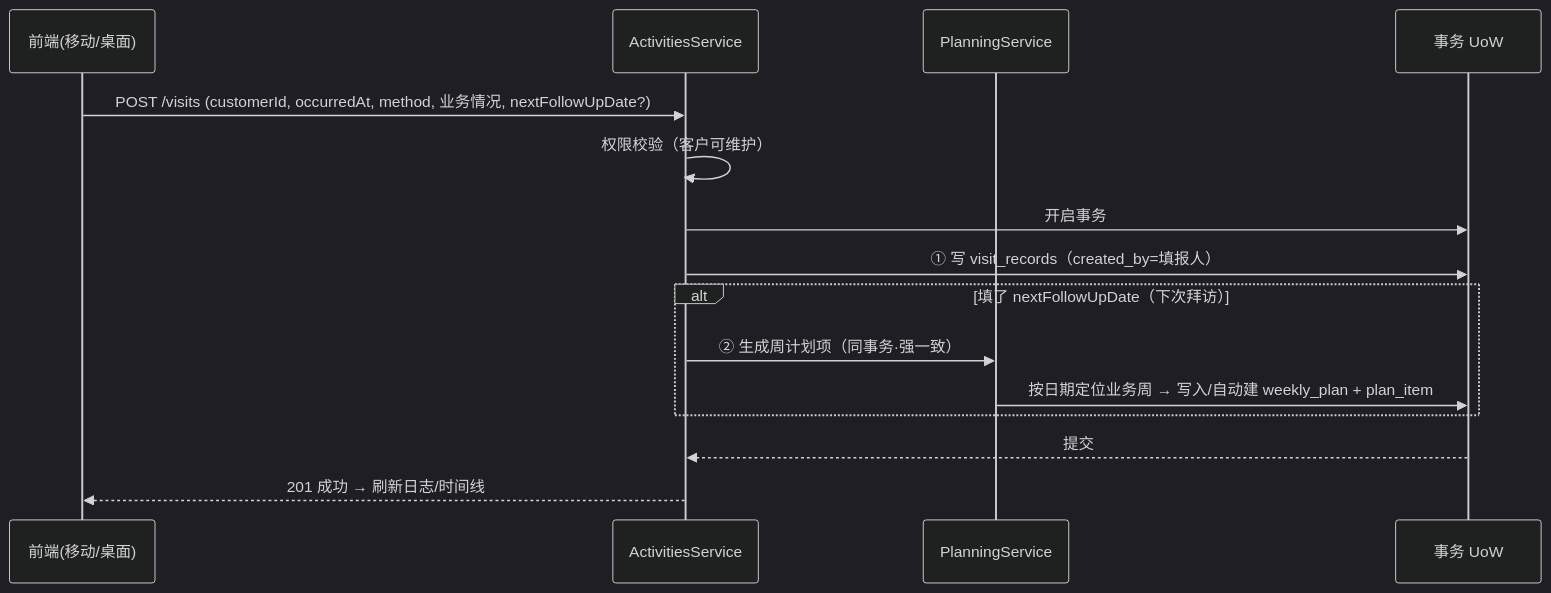
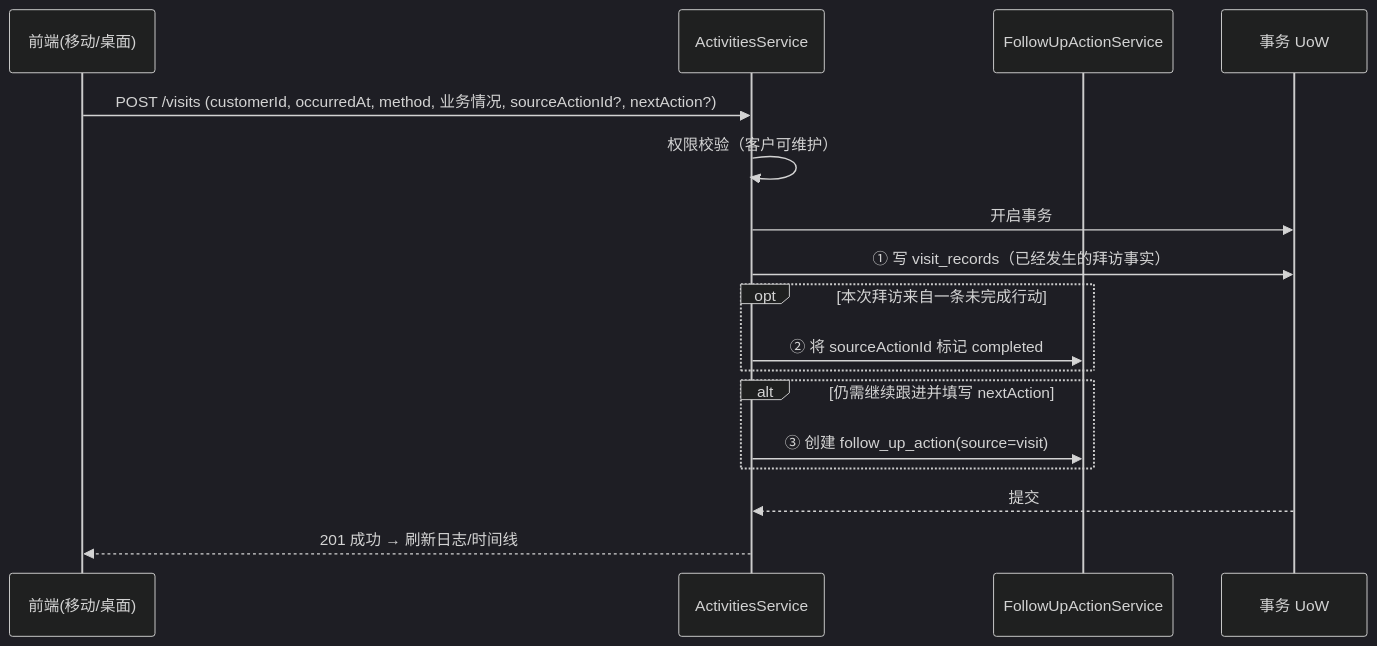
Before and after one commit to lixiname/LITECRM: diagram 15 of 26 in docs/重构架构决策与实施蓝图.md, drawn with Mermaid (dark theme). The commit also changed other lines of this file and 8 other files, not shown here.

````diff
--- a/docs/重构架构决策与实施蓝图.md
+++ b/docs/重构架构决策与实施蓝图.md
@@ -939,17 +999,19 @@
 ```mermaid
 sequenceDiagram
     participant C as 前端(移动/桌面)
     participant V as ActivitiesService
-    participant W as PlanningService
+    participant A as FollowUpActionService
     participant D as 事务 UoW
-    C->>V: POST /visits (customerId, occurredAt, method, 业务情况, nextFollowUpDate?)
+    C->>V: POST /visits (customerId, occurredAt, method, 业务情况, sourceActionId?, nextAction?)
     V->>V: 权限校验（客户可维护）
     V->>D: 开启事务
-    V->>D: ① 写 visit_records（created_by=填报人）
-    alt 填了 nextFollowUpDate（下次拜访）
-        V->>W: ② 生成周计划项（同事务·强一致）
-        W->>D: 按日期定位业务周 → 写入/自动建 weekly_plan + plan_item
+    V->>D: ① 写 visit_records（已经发生的拜访事实）
+    opt 本次拜访来自一条未完成行动
+        V->>A: ② 将 sourceActionId 标记 completed
+    end
+    alt 仍需继续跟进并填写 nextAction
+        V->>A: ③ 创建 follow_up_action(source=visit)
     end
     D-->>V: 提交
     V-->>C: 201 成功 → 刷新日志/时间线
 ```
````
